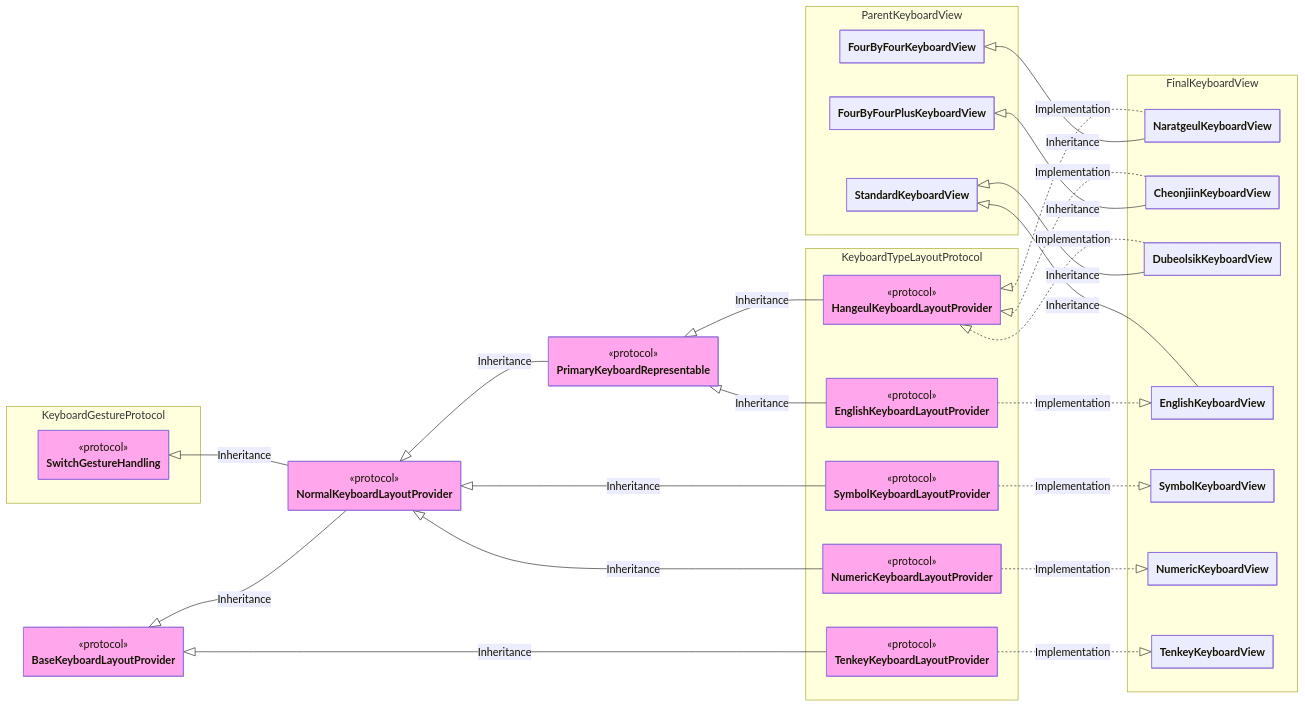
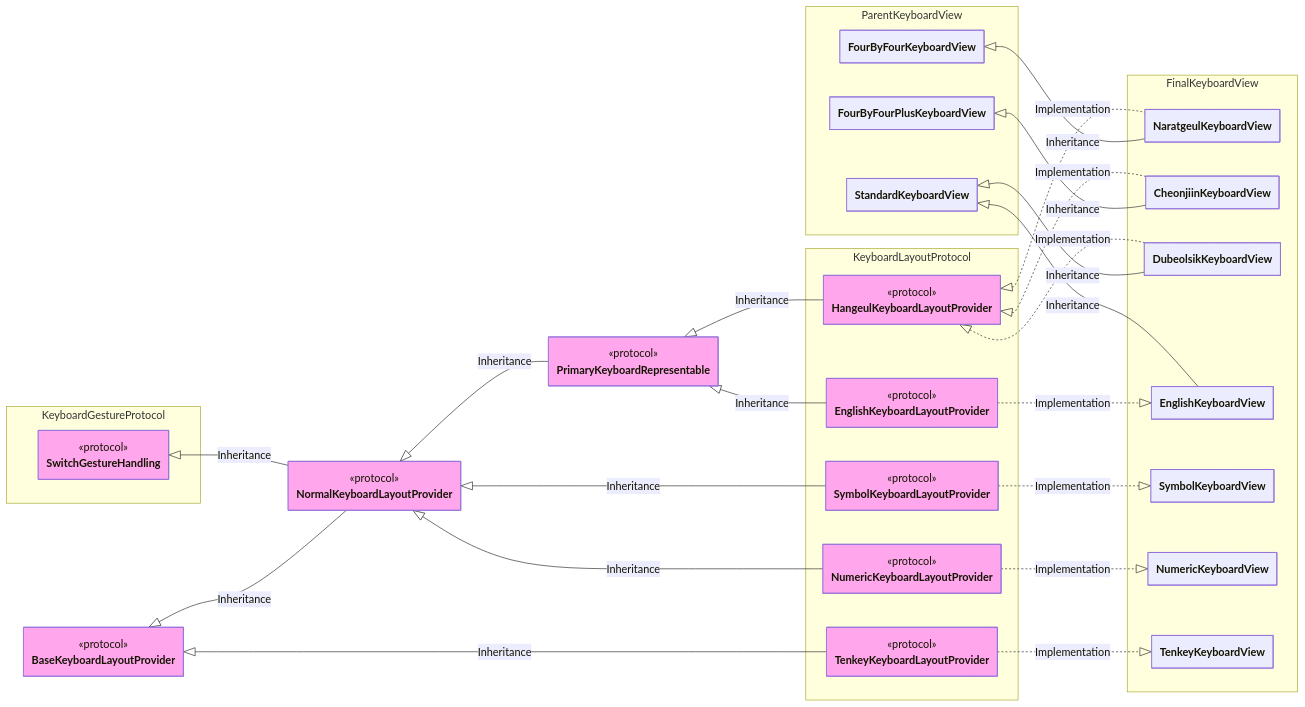
The second of 3 diagrams in README.md (SNMac/SYKeyboard), drawn with Mermaid before and after one commit. The commit also changed other lines of this file, not shown here.

```diff
--- a/README.md
+++ b/README.md
@@ -505,7 +530,7 @@
       class SwitchGestureHandling
     }
 
-    namespace KeyboardTypeLayoutProtocol {
+    namespace KeyboardLayoutProtocol {
       class HangeulKeyboardLayoutProvider
       class EnglishKeyboardLayoutProvider
       class SymbolKeyboardLayoutProvider
```
